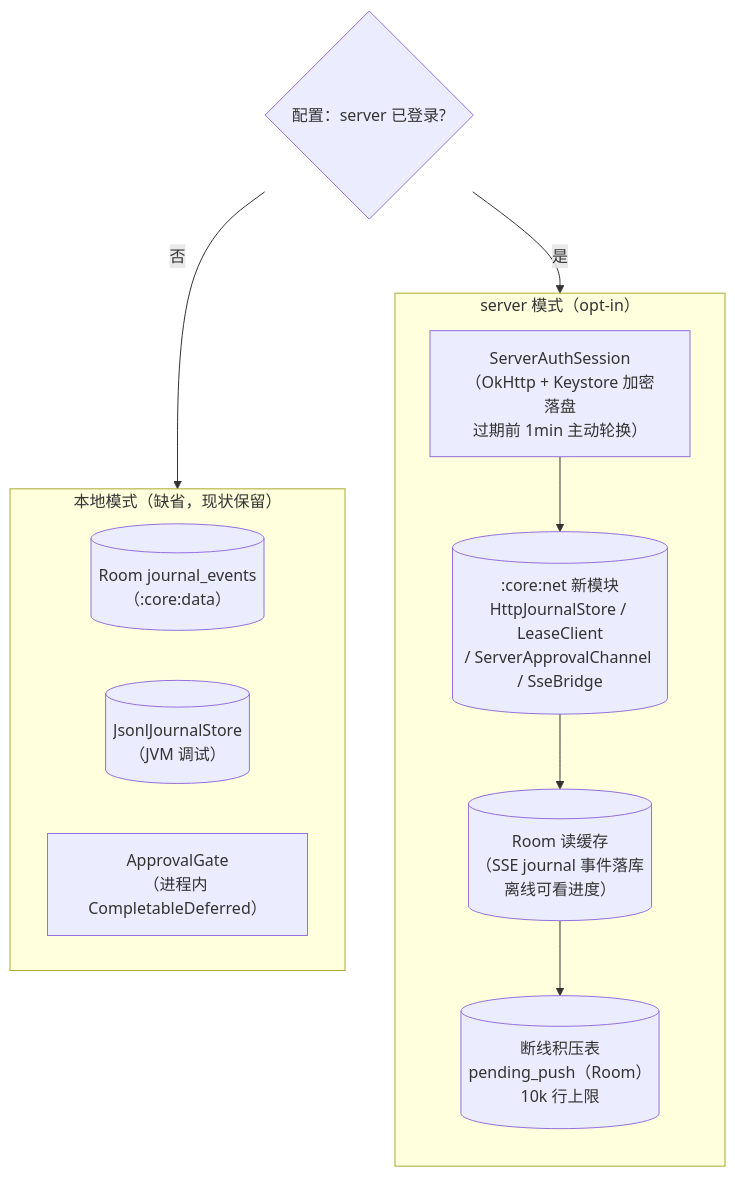
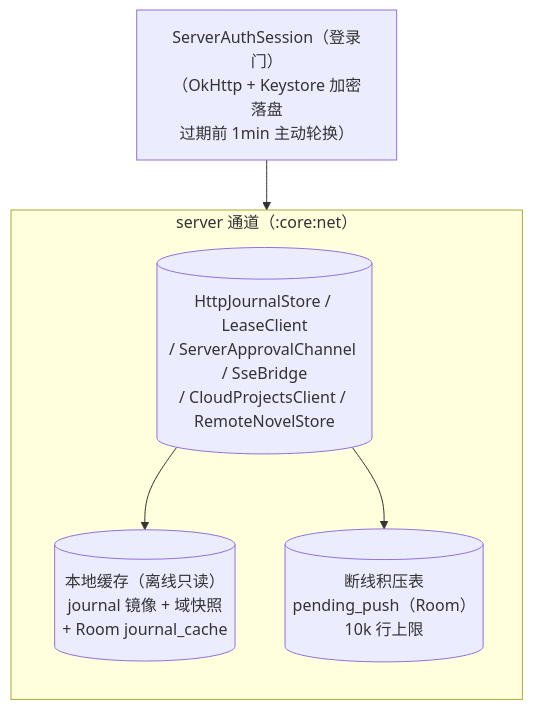
Before and after one commit to fanghuarunbalala/nova-writing: the first of 4 diagrams in docs/PRD/Android接入-数据通道server化.md, drawn with Mermaid. The commit also changed other lines of this file and 35 other files, not shown here.

````diff
--- a/docs/PRD/Android接入-数据通道server化.md
+++ b/docs/PRD/Android接入-数据通道server化.md
@@ -31,18 +34,12 @@
 ```mermaid
 flowchart TB
-    CFG{"配置：server 已登录?"}
-    subgraph LOCAL["本地模式（缺省，现状保留）"]
-        RJ[("Room journal_events<br/>（:core:data）")]
-        JJ[("JsonlJournalStore<br/>（JVM 调试）")]
-        RQ["ApprovalGate<br/>（进程内 CompletableDeferred）"]
-    end
-    subgraph SERVER["server 模式（opt-in）"]
+    AUTH["ServerAuthSession（登录门）<br/>（OkHttp + Keystore 加密落盘<br/>过期前 1min 主动轮换）"]
+    subgraph SERVER["server 通道（:core:net）"]
         direction TB
-        AUTH["ServerAuthSession<br/>（OkHttp + Keystore 加密落盘<br/>过期前 1min 主动轮换）"]
-        NET[(":core:net 新模块<br/>HttpJournalStore / LeaseClient<br/>/ ServerApprovalChannel / SseBridge")]
-        CACHE[("Room 读缓存<br/>（SSE journal 事件落库<br/>离线可看进度）")]
+        NET[("HttpJournalStore / LeaseClient<br/>/ ServerApprovalChannel / SseBridge<br/>/ CloudProjectsClient / RemoteNovelStore")]
+        CACHE[("本地缓存（离线只读）<br/>journal 镜像 + 域快照<br/>+ Room journal_cache")]
         PEND[("断线积压表<br/>pending_push（Room）<br/>10k 行上限")]
     end
-    CFG -- 否 --> LOCAL
-    CFG -- 是 --> AUTH --> NET --> CACHE --> PEND
+    AUTH --> NET --> CACHE
+    NET --> PEND
 ```
````
